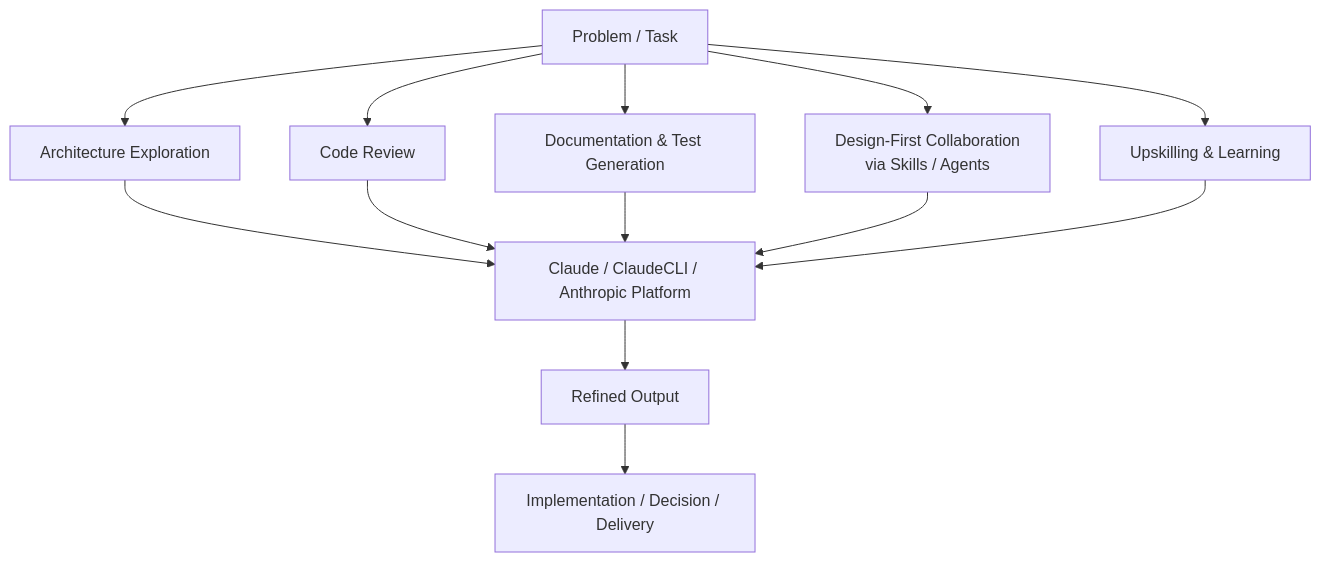
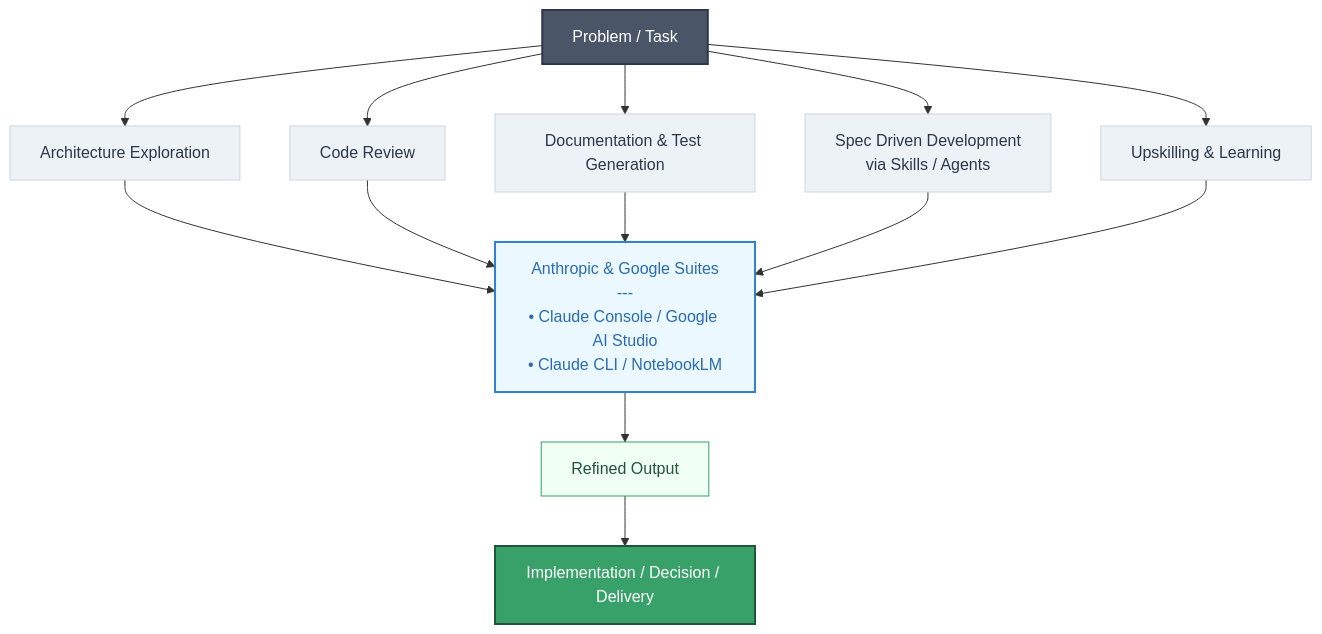
Before and after one commit to ivintoiu/ivintoiu: the diagram in README.md, drawn with Mermaid.

Commit message:
(update) add styles to mermaid (#3)

````diff
--- a/README.md
+++ b/README.md
@@ -42,18 +42,32 @@
 ```mermaid
 flowchart TD
 
     A[Problem / Task] --> B[Architecture Exploration]
     A --> C[Code Review]
     A --> D[Documentation & Test Generation]
-    A --> E[Design‑First Collaboration<br/>via Skills / Agents]
+    A --> E[Spec Driven Development<br/>via Skills / Agents]
     A --> F[Upskilling & Learning]
 
-    B --> G[Claude / ClaudeCLI / Anthropic Platform]
+    B --> G["Anthropic & Google Suites<br>---<br>• Claude Console / Google AI Studio<br>• Claude CLI / NotebookLM<br>"]
     C --> G
     D --> G
     E --> G
     F --> G
     
     G --> J[Refined Output]
     J --> K[Implementation / Decision / Delivery]
+
+    %% Color Palette Styles
+    style A fill:#4A5568,stroke:#2D3748,stroke-width:2px,color:#FFF
+    
+    style B fill:#EDF2F7,stroke:#CBD5E0,stroke-width:1px,color:#2D3748
+    style C fill:#EDF2F7,stroke:#CBD5E0,stroke-width:1px,color:#2D3748
+    style D fill:#EDF2F7,stroke:#CBD5E0,stroke-width:1px,color:#2D3748
+    style E fill:#EDF2F7,stroke:#CBD5E0,stroke-width:1px,color:#2D3748
+    style F fill:#EDF2F7,stroke:#CBD5E0,stroke-width:1px,color:#2D3748
+    
+    style G fill:#EBF8FF,stroke:#3182CE,stroke-width:2px,color:#2B6CB0
+    
+    style J fill:#F0FFF4,stroke:#38A169,stroke-width:1px,color:#22543D
+    style K fill:#38A169,stroke:#22543D,stroke-width:2px,color:#FFF
 ```
````
